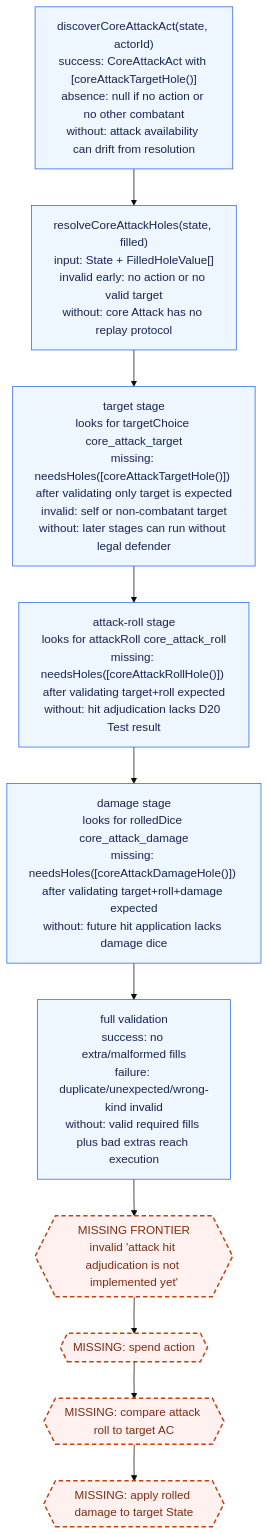
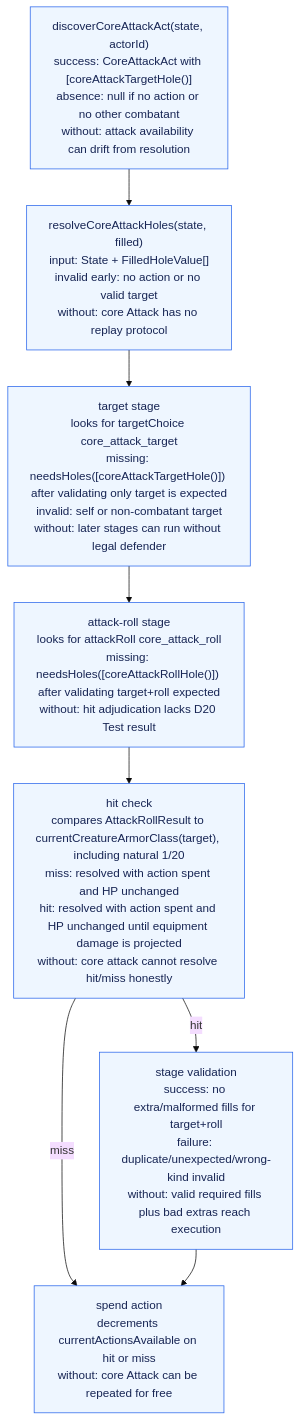
Before and after one commit to dearlordylord/5e-quint: the fifth of 7 diagrams in packages/surface-runtime-correction/ARCHITECTURE_GRAPH.md, drawn with Mermaid (base theme). The commit also changed other lines of this file and 11 other files, not shown here.

Commit message:
Tighten surface attack damage resolution

````diff
--- a/packages/surface-runtime-correction/ARCHITECTURE_GRAPH.md
+++ b/packages/surface-runtime-correction/ARCHITECTURE_GRAPH.md
@@ -180,21 +204,19 @@
 ```mermaid
 flowchart TD
   Discover["discoverCoreAttackAct(state, actorId)<br/>success: CoreAttackAct with [coreAttackTargetHole()]<br/>absence: null if no action or no other combatant<br/>without: attack availability can drift from resolution"]
   Resolve["resolveCoreAttackHoles(state, filled)<br/>input: State + FilledHoleValue[]<br/>invalid early: no action or no valid target<br/>without: core Attack has no replay protocol"]
 
   Target["target stage<br/>looks for targetChoice core_attack_target<br/>missing: needsHoles([coreAttackTargetHole()]) after validating only target is expected<br/>invalid: self or non-combatant target<br/>without: later stages can run without legal defender"]
   Roll["attack-roll stage<br/>looks for attackRoll core_attack_roll<br/>missing: needsHoles([coreAttackRollHole()]) after validating target+roll expected<br/>without: hit adjudication lacks D20 Test result"]
-  Damage["damage stage<br/>looks for rolledDice core_attack_damage<br/>missing: needsHoles([coreAttackDamageHole()]) after validating target+roll+damage expected<br/>without: future hit application lacks damage dice"]
-  FullValidate["full validation<br/>success: no extra/malformed fills<br/>failure: duplicate/unexpected/wrong-kind invalid<br/>without: valid required fills plus bad extras reach execution"]
-  Frontier{{"MISSING FRONTIER<br/>invalid 'attack hit adjudication is not implemented yet'"}}
-  SpendAction{{"MISSING: spend action"}}
-  HitCheck{{"MISSING: compare attack roll to target AC"}}
-  ApplyDamage{{"MISSING: apply rolled damage to target State"}}
+  HitCheck["hit check<br/>compares AttackRollResult to currentCreatureArmorClass(target), including natural 1/20<br/>miss: resolved with action spent and HP unchanged<br/>hit: resolved with action spent and HP unchanged until equipment damage is projected<br/>without: core attack cannot resolve hit/miss honestly"]
+  FullValidate["stage validation<br/>success: no extra/malformed fills for target+roll<br/>failure: duplicate/unexpected/wrong-kind invalid<br/>without: valid required fills plus bad extras reach execution"]
+  SpendAction["spend action<br/>decrements currentActionsAvailable on hit or miss<br/>without: core Attack can be repeated for free"]
 
-  Discover --> Resolve --> Target --> Roll --> Damage --> FullValidate --> Frontier --> SpendAction --> HitCheck --> ApplyDamage
+  Discover --> Resolve --> Target --> Roll --> HitCheck
+  HitCheck -->|miss| SpendAction
+  HitCheck -->|hit| FullValidate --> SpendAction
 
   classDef missing fill:#fff1f0,stroke:#c2410c,stroke-width:2px,stroke-dasharray: 6 4,color:#7c2d12;
   classDef implemented fill:#eef6ff,stroke:#2563eb,color:#172554;
-  class Frontier,SpendAction,HitCheck,ApplyDamage missing;
-  class Discover,Resolve,Target,Roll,Damage,FullValidate implemented;
+  class Discover,Resolve,Target,Roll,HitCheck,Damage,FullValidate,SpendAction,ApplyDamage implemented;
 ```
````
